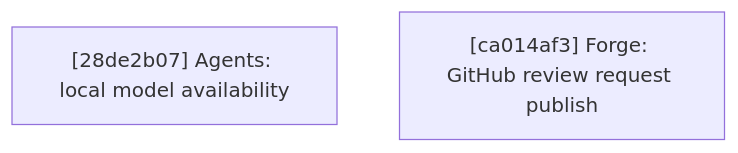
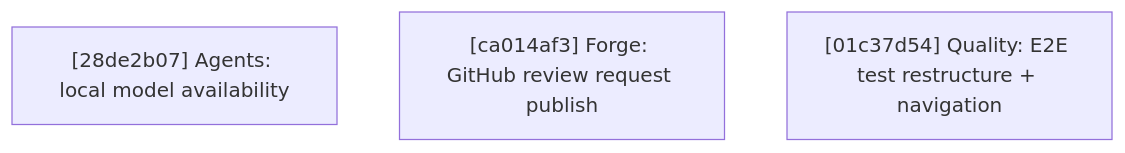
Before and after one commit to opencloudtool/agentty: the diagram in docs/plan/roadmap.md, drawn with Mermaid. The commit also changed other lines of this file, not shown here.

First line of the commit message:
Add roadmap steps for E2E test restructure and queue lifecycle coverage

````diff
--- a/docs/plan/roadmap.md
+++ b/docs/plan/roadmap.md
@@ -100,5 +129,6 @@
 ```mermaid
 flowchart TD
     R1["[28de2b07] Agents: local model availability"]
     R2["[ca014af3] Forge: GitHub review request publish"]
+    R3["[01c37d54] Quality: E2E test restructure + navigation"]
 ```
````
